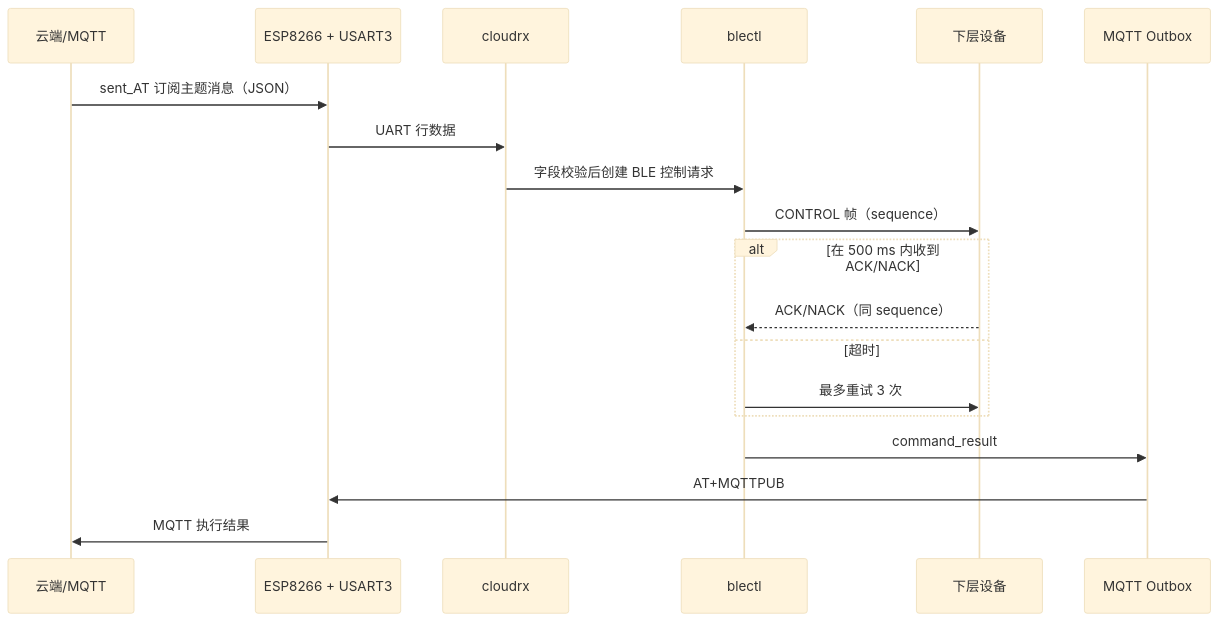
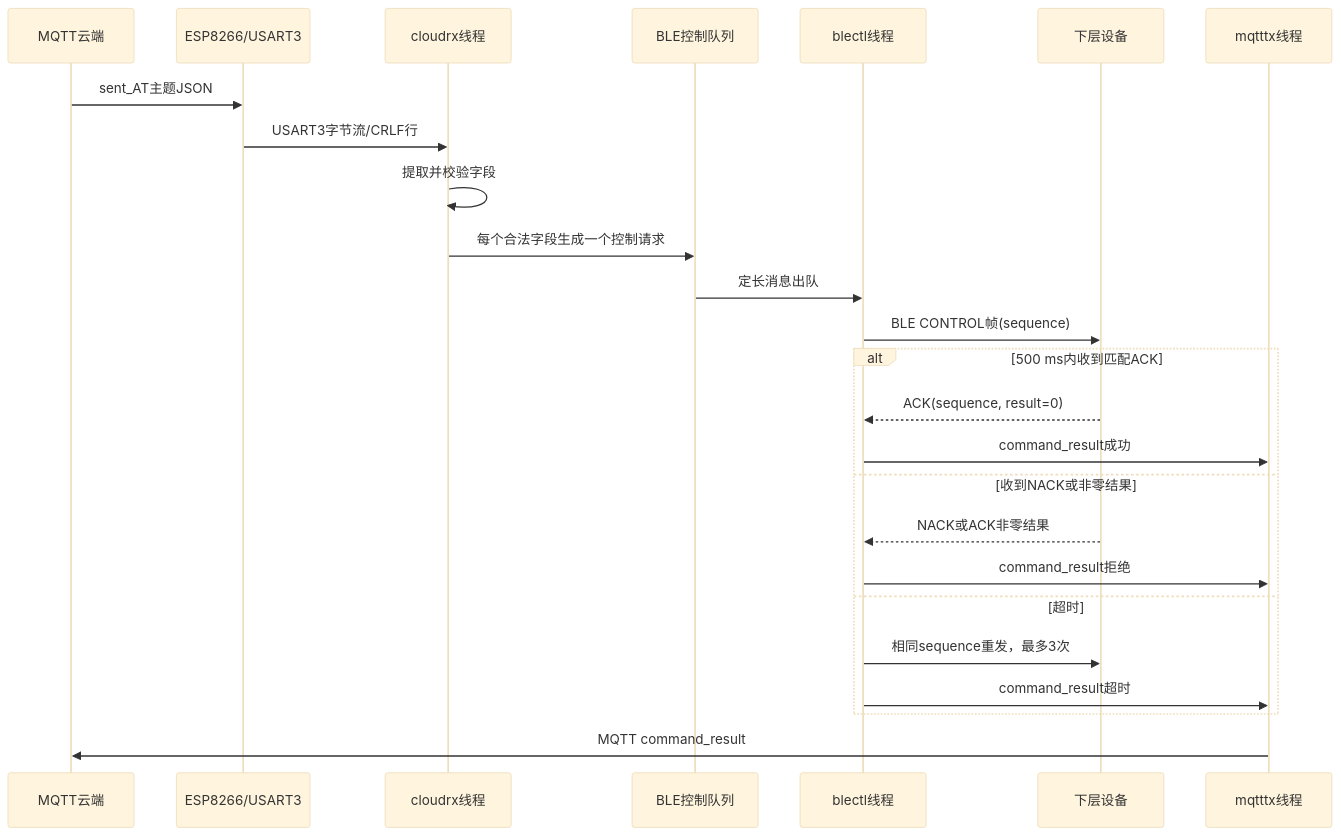
Before and after one commit to liujiaxing05/fresh-logistics-gateway: the seventh of 7 diagrams in 工程逻辑框架说明.md, drawn with Mermaid (base theme). The commit also changed other lines of this file and 3 other files, not shown here.

````diff
--- a/工程逻辑框架说明.md
+++ b/工程逻辑框架说明.md
@@ -139,22 +634,28 @@
 ```mermaid
 sequenceDiagram
-    participant C as 云端/MQTT
-    participant E as ESP8266 + USART3
-    participant G as cloudrx
-    participant B as blectl
-    participant D as 下层设备
-    participant O as MQTT Outbox
+    participant Cloud as MQTT云端
+    participant ESP as ESP8266/USART3
+    participant RX as cloudrx线程
+    participant MQ as BLE控制队列
+    participant CTL as blectl线程
+    participant Dev as 下层设备
+    participant OUT as mqtttx线程
 
-    C->>E: sent_AT 订阅主题消息（JSON）
-    E->>G: UART 行数据
-    G->>B: 字段校验后创建 BLE 控制请求
-    B->>D: CONTROL 帧（sequence）
-    alt 在 500 ms 内收到 ACK/NACK
-        D-->>B: ACK/NACK（同 sequence）
+    Cloud->>ESP: sent_AT主题JSON
+    ESP->>RX: USART3字节流/CRLF行
+    RX->>RX: 提取并校验字段
+    RX->>MQ: 每个合法字段生成一个控制请求
+    MQ->>CTL: 定长消息出队
+    CTL->>Dev: BLE CONTROL帧(sequence)
+    alt 500 ms内收到匹配ACK
+        Dev-->>CTL: ACK(sequence, result=0)
+        CTL->>OUT: command_result成功
+    else 收到NACK或非零结果
+        Dev-->>CTL: NACK或ACK非零结果
+        CTL->>OUT: command_result拒绝
     else 超时
-        B->>D: 最多重试 3 次
+        CTL->>Dev: 相同sequence重发，最多3次
+        CTL->>OUT: command_result超时
     end
-    B->>O: command_result
-    O->>E: AT+MQTTPUB
-    E->>C: MQTT 执行结果
+    OUT->>Cloud: MQTT command_result
 ```
````
